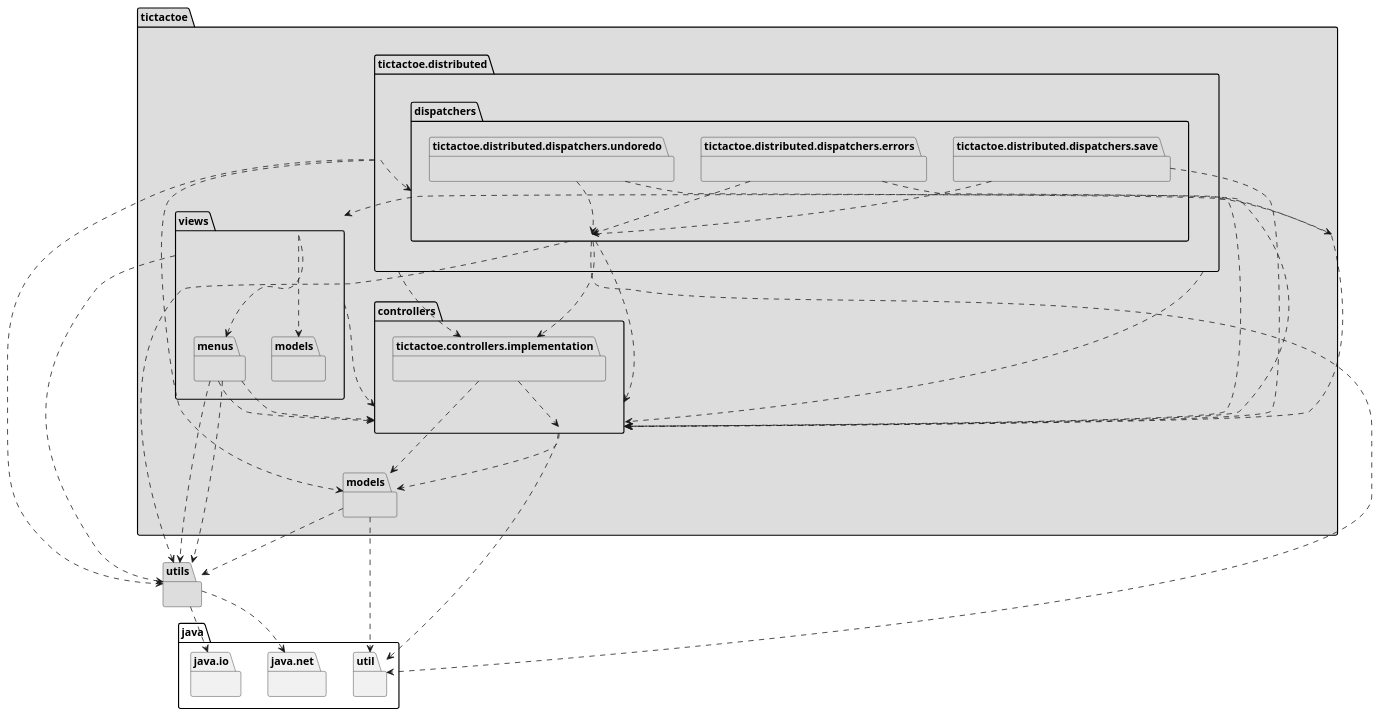
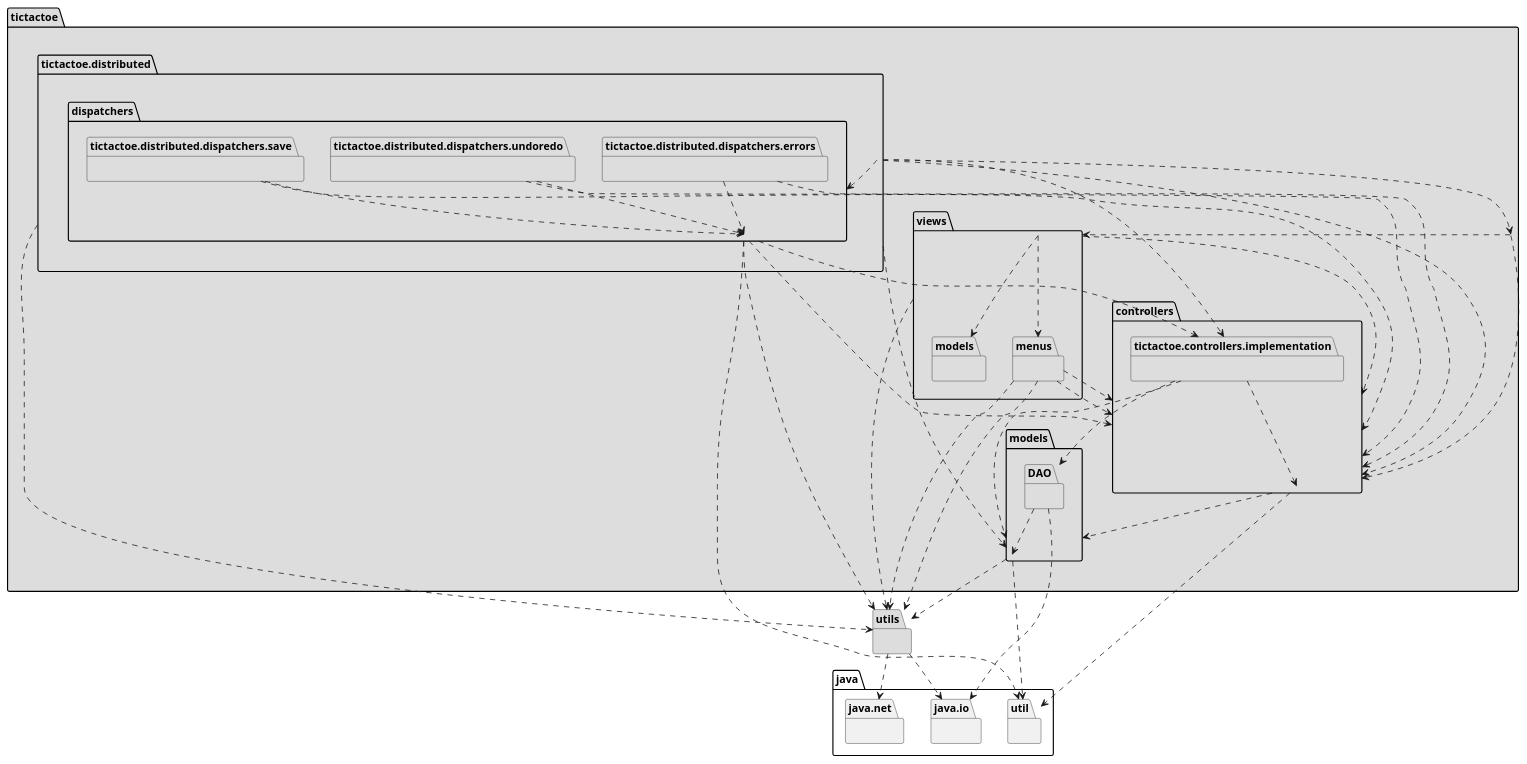
One commit to x-USantaTecla-game-ticTacToe/java changed the first of 6 diagrams in docs/src/docs/asciidoc/index.adoc. Above: the diagram before and after it, drawn with PlantUML. The commit also changed other lines of this file and 48 other files, not shown here.

Commit message:
Update version mvp.pm.withDao with implementation and docs

```diff
--- a/docs/src/docs/asciidoc/index.adoc
+++ b/docs/src/docs/asciidoc/index.adoc
@@ -34,67 +34,73 @@
-[plantuml,arquitecturaVersion11,svg]
+[plantuml,arquitecturaVersion12,svg]
 ....
 
 package tictactoe #DDDDDD { } 
 tictactoe .down.> tictactoe.views
 tictactoe .down.> tictactoe.controllers
 
 package tictactoe.controllers #DDDDDD { } 
 tictactoe.controllers .down.> tictactoe.models
 tictactoe.controllers .down.> java.util
 
 package tictactoe.controllers.implementation #DDDDDD { } 
 tictactoe.controllers.implementation .down.> tictactoe.controllers
 tictactoe.controllers.implementation .down.> tictactoe.models
+tictactoe.controllers.implementation .down.> tictactoe.models.DAO
 
 package tictactoe.distributed #DDDDDD { } 
 tictactoe.distributed .down.> tictactoe.distributed.dispatchers
 tictactoe.distributed .down.> tictactoe.controllers.implementation
 tictactoe.distributed .down.> tictactoe
 tictactoe.distributed .down.> tictactoe.models
 tictactoe.distributed .down.> tictactoe.controllers
 tictactoe.distributed .down.> utils
 
 package tictactoe.distributed.dispatchers #DDDDDD { } 
 tictactoe.distributed.dispatchers .down.> tictactoe.controllers
 tictactoe.distributed.dispatchers .down.> tictactoe.controllers.implementation
 tictactoe.distributed.dispatchers .down.> utils
 tictactoe.distributed.dispatchers .down.> java.util
 
 package tictactoe.distributed.dispatchers.errors #DDDDDD { } 
 tictactoe.distributed.dispatchers.errors .down.> tictactoe.distributed.dispatchers
 tictactoe.distributed.dispatchers.errors .down.> tictactoe.controllers
 
 package tictactoe.distributed.dispatchers.save #DDDDDD { } 
 tictactoe.distributed.dispatchers.save .down.> tictactoe.distributed.dispatchers
 tictactoe.distributed.dispatchers.save .down.> tictactoe.controllers
 
 package tictactoe.distributed.dispatchers.undoredo #DDDDDD { } 
 tictactoe.distributed.dispatchers.undoredo .down.> tictactoe.distributed.dispatchers
 tictactoe.distributed.dispatchers.undoredo .down.> tictactoe.controllers
 
 package tictactoe.models #DDDDDD { }
 package java.util{ }
 tictactoe.models .down.> java.util
 tictactoe.models .down.> utils
 
+package tictactoe.models.DAO #DDDDDD { }
+package java.io{ }
+tictactoe.models.DAO .down.> tictactoe.models
+tictactoe.models.DAO .down.> java.io
+
 package utils #DDDDDD { } 
 package java.io{ }
 utils .down.> java.io
 package java.net{ }
 utils .down.> java.net
 
 package tictactoe.views #DDDDDD { } 
 tictactoe.views .down.> tictactoe.controllers
 tictactoe.views .down.> utils
 tictactoe.views ..> tictactoe.views.menus
 tictactoe.views ..> tictactoe.views.models
 
 package tictactoe.views.menus #DDDDDD { } 
 tictactoe.views.menus .down.> tictactoe.controllers
 tictactoe.views.menus .down.> utils
 
 package tictactoe.views.models #DDDDDD { } 
 tictactoe.views.menus .down.> tictactoe.controllers
 tictactoe.views.menus .down.> utils
 
 ....
```
